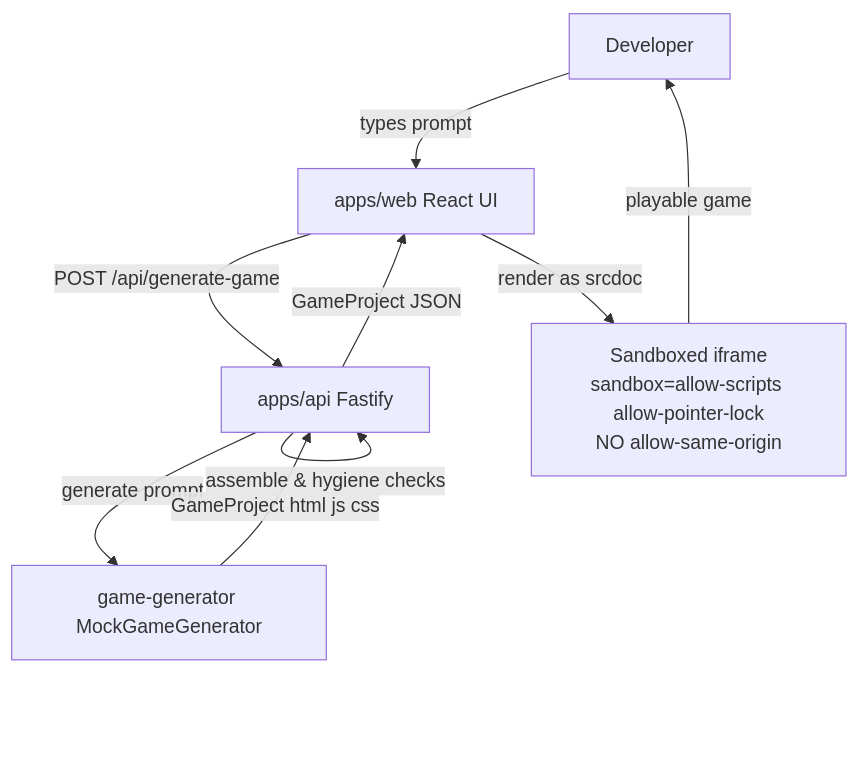
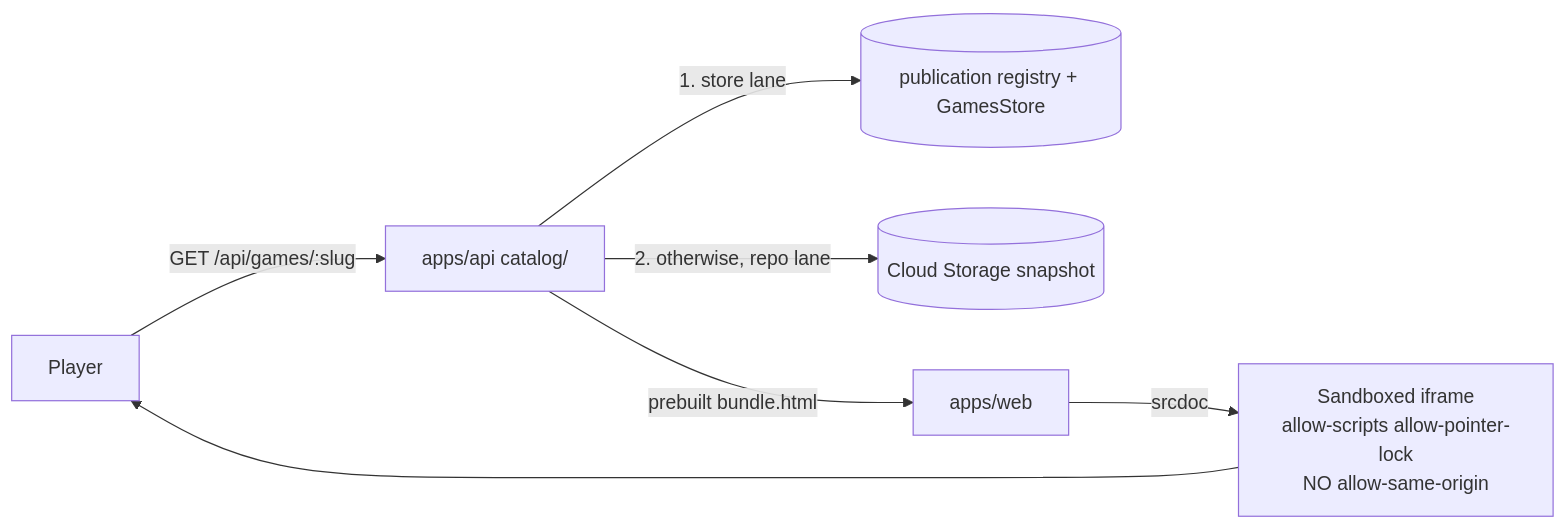
Before and after one commit to gamedevpl/www.gamedev.pl: the first of 2 diagrams in docs/architecture.md, drawn with Mermaid. The commit also changed other lines of this file and 4 other files, not shown here.

First line of the commit message:
docs: rewrite architecture.md against the shipped system (#1126)

````diff
--- a/docs/architecture.md
+++ b/docs/architecture.md
@@ -70,11 +182,9 @@
 ```mermaid
-flowchart TD
-    U[Developer] -->|types prompt| Web[apps/web React UI]
-    Web -->|POST /api/generate-game| API[apps/api Fastify]
-    API -->|generate prompt| Gen[game-generator MockGameGenerator]
-    Gen -->|GameProject html js css| API
-    API -->|assemble & hygiene checks| API
-    API -->|GameProject JSON| Web
-    Web -->|render as srcdoc| IF["Sandboxed iframe<br/>sandbox=allow-scripts allow-pointer-lock<br/>NO allow-same-origin"]
-    IF -->|playable game| U
+flowchart LR
+    P[Player] -->|GET /api/games/:slug| API[apps/api catalog/]
+    API -->|1. store lane| Reg[(publication registry + GamesStore)]
+    API -->|2. otherwise, repo lane| Snap[(Cloud Storage snapshot)]
+    API -->|prebuilt bundle.html| Web[apps/web]
+    Web -->|srcdoc| IF["Sandboxed iframe<br/>allow-scripts allow-pointer-lock<br/>NO allow-same-origin"]
+    IF --> P
 ```
````
